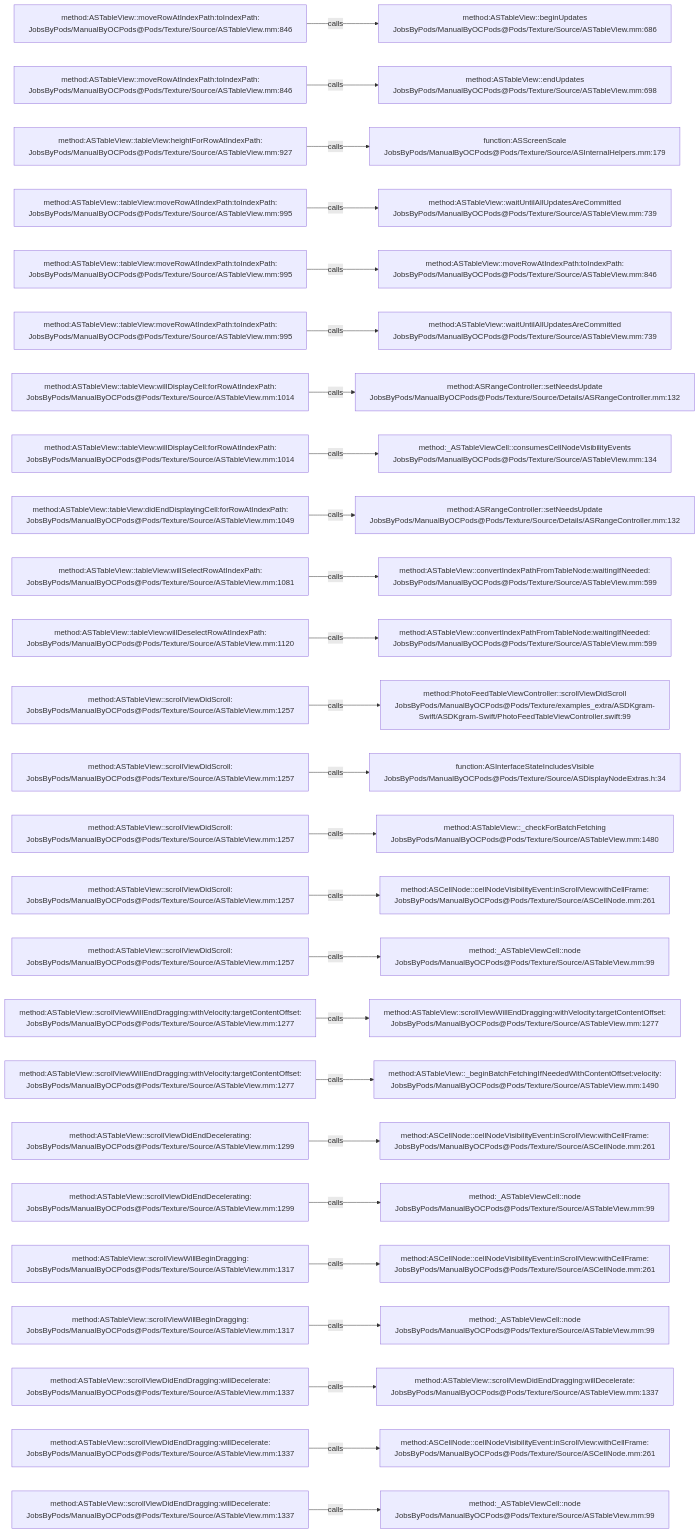
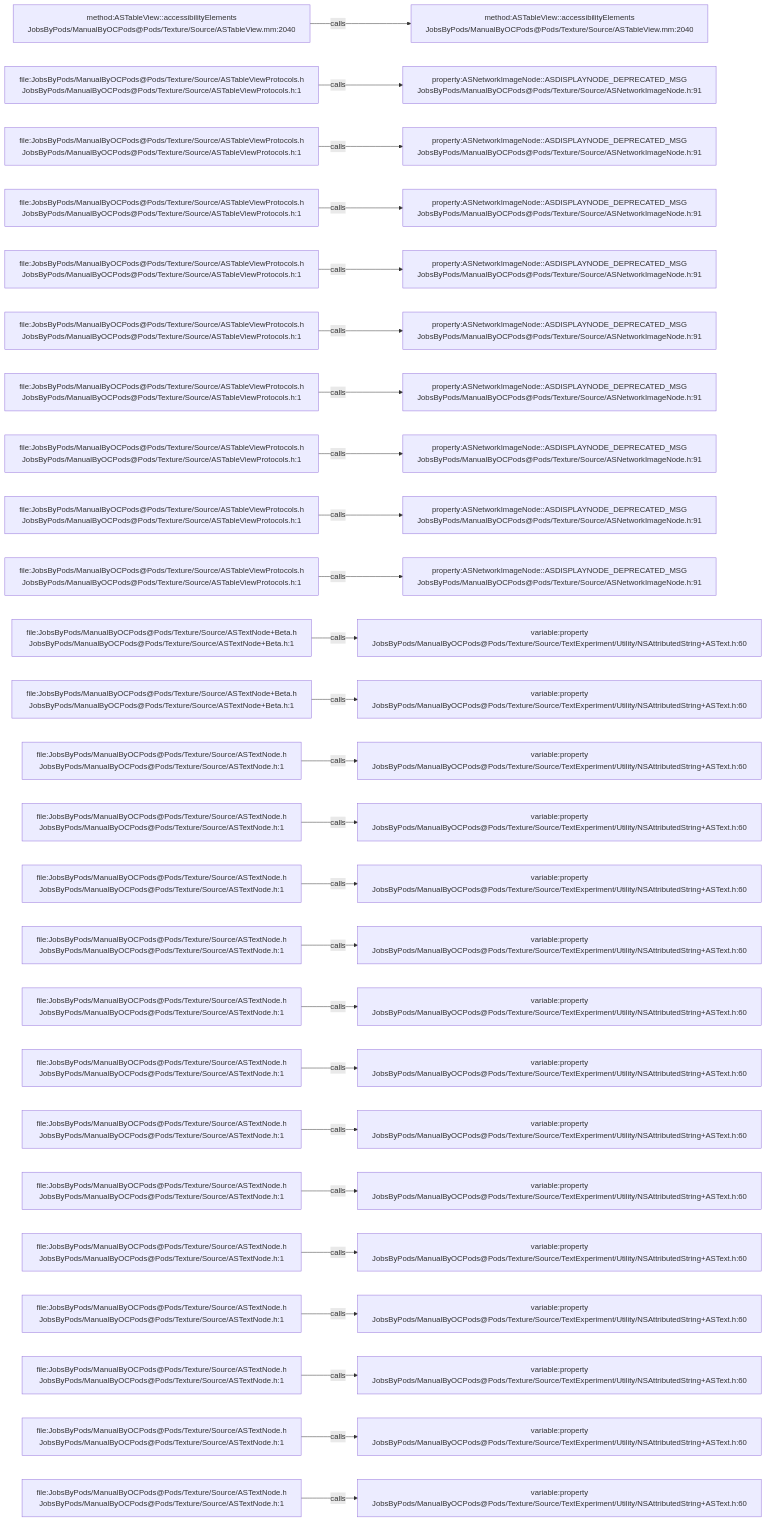
Before and after one commit to JobsKits/JobsOCBaseConfigDemo: the diagram in .codegraph/codegraph.md/graphs/calls-130.md, drawn with Mermaid. The commit also changed 1353 other files, not shown here.

````diff
--- a/.codegraph/codegraph.md/graphs/calls-130.md
+++ b/.codegraph/codegraph.md/graphs/calls-130.md
@@ -13,78 +13,78 @@
 ```mermaid
 flowchart LR
-  S1["method:ASTableView::moveRowAtIndexPath:toIndexPath:<br/>JobsByPods/ManualByOCPods@Pods/Texture/Source/ASTableView.mm:846"]
-  T1["method:ASTableView::beginUpdates<br/>JobsByPods/ManualByOCPods@Pods/Texture/Source/ASTableView.mm:686"]
+  S1["method:ASTableView::accessibilityElements<br/>JobsByPods/ManualByOCPods@Pods/Texture/Source/ASTableView.mm:2040"]
+  T1["method:ASTableView::accessibilityElements<br/>JobsByPods/ManualByOCPods@Pods/Texture/Source/ASTableView.mm:2040"]
   S1 -->|calls| T1
-  S2["method:ASTableView::moveRowAtIndexPath:toIndexPath:<br/>JobsByPods/ManualByOCPods@Pods/Texture/Source/ASTableView.mm:846"]
-  T2["method:ASTableView::endUpdates<br/>JobsByPods/ManualByOCPods@Pods/Texture/Source/ASTableView.mm:698"]
+  S2["file:JobsByPods/ManualByOCPods@Pods/Texture/Source/ASTableViewProtocols.h<br/>JobsByPods/ManualByOCPods@Pods/Texture/Source/ASTableViewProtocols.h:1"]
+  T2["property:ASNetworkImageNode::ASDISPLAYNODE_DEPRECATED_MSG<br/>JobsByPods/ManualByOCPods@Pods/Texture/Source/ASNetworkImageNode.h:91"]
   S2 -->|calls| T2
-  S3["method:ASTableView::tableView:heightForRowAtIndexPath:<br/>JobsByPods/ManualByOCPods@Pods/Texture/Source/ASTableView.mm:927"]
-  T3["function:ASScreenScale<br/>JobsByPods/ManualByOCPods@Pods/Texture/Source/ASInternalHelpers.mm:179"]
+  S3["file:JobsByPods/ManualByOCPods@Pods/Texture/Source/ASTableViewProtocols.h<br/>JobsByPods/ManualByOCPods@Pods/Texture/Source/ASTableViewProtocols.h:1"]
+  T3["property:ASNetworkImageNode::ASDISPLAYNODE_DEPRECATED_MSG<br/>JobsByPods/ManualByOCPods@Pods/Texture/Source/ASNetworkImageNode.h:91"]
   S3 -->|calls| T3
-  S4["method:ASTableView::tableView:moveRowAtIndexPath:toIndexPath:<br/>JobsByPods/ManualByOCPods@Pods/Texture/Source/ASTableView.mm:995"]
-  T4["method:ASTableView::waitUntilAllUpdatesAreCommitted<br/>JobsByPods/ManualByOCPods@Pods/Texture/Source/ASTableView.mm:739"]
+  S4["file:JobsByPods/ManualByOCPods@Pods/Texture/Source/ASTableViewProtocols.h<br/>JobsByPods/ManualByOCPods@Pods/Texture/Source/ASTableViewProtocols.h:1"]
+  T4["property:ASNetworkImageNode::ASDISPLAYNODE_DEPRECATED_MSG<br/>JobsByPods/ManualByOCPods@Pods/Texture/Source/ASNetworkImageNode.h:91"]
   S4 -->|calls| T4
-  S5["method:ASTableView::tableView:moveRowAtIndexPath:toIndexPath:<br/>JobsByPods/ManualByOCPods@Pods/Texture/Source/ASTableView.mm:995"]
-  T5["method:ASTableView::moveRowAtIndexPath:toIndexPath:<br/>JobsByPods/ManualByOCPods@Pods/Texture/Source/ASTableView.mm:846"]
+  S5["file:JobsByPods/ManualByOCPods@Pods/Texture/Source/ASTableViewProtocols.h<br/>JobsByPods/ManualByOCPods@Pods/Texture/Source/ASTableViewProtocols.h:1"]
+  T5["property:ASNetworkImageNode::ASDISPLAYNODE_DEPRECATED_MSG<br/>JobsByPods/ManualByOCPods@Pods/Texture/Source/ASNetworkImageNode.h:91"]
   S5 -->|calls| T5
-  S6["method:ASTableView::tableView:moveRowAtIndexPath:toIndexPath:<br/>JobsByPods/ManualByOCPods@Pods/Texture/Source/ASTableView.mm:995"]
-  T6["method:ASTableView::waitUntilAllUpdatesAreCommitted<br/>JobsByPods/ManualByOCPods@Pods/Texture/Source/ASTableView.mm:739"]
+  S6["file:JobsByPods/ManualByOCPods@Pods/Texture/Source/ASTableViewProtocols.h<br/>JobsByPods/ManualByOCPods@Pods/Texture/Source/ASTableViewProtocols.h:1"]
+  T6["property:ASNetworkImageNode::ASDISPLAYNODE_DEPRECATED_MSG<br/>JobsByPods/ManualByOCPods@Pods/Texture/Source/ASNetworkImageNode.h:91"]
   S6 -->|calls| T6
-  S7["method:ASTableView::tableView:willDisplayCell:forRowAtIndexPath:<br/>JobsByPods/ManualByOCPods@Pods/Texture/Source/ASTableView.mm:1014"]
-  T7["method:ASRangeController::setNeedsUpdate<br/>JobsByPods/ManualByOCPods@Pods/Texture/Source/Details/ASRangeController.mm:132"]
+  S7["file:JobsByPods/ManualByOCPods@Pods/Texture/Source/ASTableViewProtocols.h<br/>JobsByPods/ManualByOCPods@Pods/Texture/Source/ASTableViewProtocols.h:1"]
+  T7["property:ASNetworkImageNode::ASDISPLAYNODE_DEPRECATED_MSG<br/>JobsByPods/ManualByOCPods@Pods/Texture/Source/ASNetworkImageNode.h:91"]
   S7 -->|calls| T7
-  S8["method:ASTableView::tableView:willDisplayCell:forRowAtIndexPath:<br/>JobsByPods/ManualByOCPods@Pods/Texture/Source/ASTableView.mm:1014"]
-  T8["method:_ASTableViewCell::consumesCellNodeVisibilityEvents<br/>JobsByPods/ManualByOCPods@Pods/Texture/Source/ASTableView.mm:134"]
+  S8["file:JobsByPods/ManualByOCPods@Pods/Texture/Source/ASTableViewProtocols.h<br/>JobsByPods/ManualByOCPods@Pods/Texture/Source/ASTableViewProtocols.h:1"]
+  T8["property:ASNetworkImageNode::ASDISPLAYNODE_DEPRECATED_MSG<br/>JobsByPods/ManualByOCPods@Pods/Texture/Source/ASNetworkImageNode.h:91"]
   S8 -->|calls| T8
-  S9["method:ASTableView::tableView:didEndDisplayingCell:forRowAtIndexPath:<br/>JobsByPods/ManualByOCPods@Pods/Texture/Source/ASTableView.mm:1049"]
-  T9["method:ASRangeController::setNeedsUpdate<br/>JobsByPods/ManualByOCPods@Pods/Texture/Source/Details/ASRangeController.mm:132"]
+  S9["file:JobsByPods/ManualByOCPods@Pods/Texture/Source/ASTableViewProtocols.h<br/>JobsByPods/ManualByOCPods@Pods/Texture/Source/ASTableViewProtocols.h:1"]
+  T9["property:ASNetworkImageNode::ASDISPLAYNODE_DEPRECATED_MSG<br/>JobsByPods/ManualByOCPods@Pods/Texture/Source/ASNetworkImageNode.h:91"]
   S9 -->|calls| T9
-  S10["method:ASTableView::tableView:willSelectRowAtIndexPath:<br/>JobsByPods/ManualByOCPods@Pods/Texture/Source/ASTableView.mm:1081"]
-  T10["method:ASTableView::convertIndexPathFromTableNode:waitingIfNeeded:<br/>JobsByPods/ManualByOCPods@Pods/Texture/Source/ASTableView.mm:599"]
+  S10["file:JobsByPods/ManualByOCPods@Pods/Texture/Source/ASTableViewProtocols.h<br/>JobsByPods/ManualByOCPods@Pods/Texture/Source/ASTableViewProtocols.h:1"]
+  T10["property:ASNetworkImageNode::ASDISPLAYNODE_DEPRECATED_MSG<br/>JobsByPods/ManualByOCPods@Pods/Texture/Source/ASNetworkImageNode.h:91"]
   S10 -->|calls| T10
-  S11["method:ASTableView::tableView:willDeselectRowAtIndexPath:<br/>JobsByPods/ManualByOCPods@Pods/Texture/Source/ASTableView.mm:1120"]
-  T11["method:ASTableView::convertIndexPathFromTableNode:waitingIfNeeded:<br/>JobsByPods/ManualByOCPods@Pods/Texture/Source/ASTableView.mm:599"]
+  S11["file:JobsByPods/ManualByOCPods@Pods/Texture/Source/ASTextNode+Beta.h<br/>JobsByPods/ManualByOCPods@Pods/Texture/Source/ASTextNode+Beta.h:1"]
+  T11["variable:property<br/>JobsByPods/ManualByOCPods@Pods/Texture/Source/TextExperiment/Utility/NSAttributedString+ASText.h:60"]
   S11 -->|calls| T11
-  S12["method:ASTableView::scrollViewDidScroll:<br/>JobsByPods/ManualByOCPods@Pods/Texture/Source/ASTableView.mm:1257"]
-  T12["method:PhotoFeedTableViewController::scrollViewDidScroll<br/>JobsByPods/ManualByOCPods@Pods/Texture/examples_extra/ASDKgram-Swift/ASDKgram-Swift/PhotoFeedTableViewController.swift:99"]
+  S12["file:JobsByPods/ManualByOCPods@Pods/Texture/Source/ASTextNode+Beta.h<br/>JobsByPods/ManualByOCPods@Pods/Texture/Source/ASTextNode+Beta.h:1"]
+  T12["variable:property<br/>JobsByPods/ManualByOCPods@Pods/Texture/Source/TextExperiment/Utility/NSAttributedString+ASText.h:60"]
   S12 -->|calls| T12
-  S13["method:ASTableView::scrollViewDidScroll:<br/>JobsByPods/ManualByOCPods@Pods/Texture/Source/ASTableView.mm:1257"]
-  T13["function:ASInterfaceStateIncludesVisible<br/>JobsByPods/ManualByOCPods@Pods/Texture/Source/ASDisplayNodeExtras.h:34"]
+  S13["file:JobsByPods/ManualByOCPods@Pods/Texture/Source/ASTextNode.h<br/>JobsByPods/ManualByOCPods@Pods/Texture/Source/ASTextNode.h:1"]
+  T13["variable:property<br/>JobsByPods/ManualByOCPods@Pods/Texture/Source/TextExperiment/Utility/NSAttributedString+ASText.h:60"]
   S13 -->|calls| T13
-  S14["method:ASTableView::scrollViewDidScroll:<br/>JobsByPods/ManualByOCPods@Pods/Texture/Source/ASTableView.mm:1257"]
-  T14["method:ASTableView::_checkForBatchFetching<br/>JobsByPods/ManualByOCPods@Pods/Texture/Source/ASTableView.mm:1480"]
+  S14["file:JobsByPods/ManualByOCPods@Pods/Texture/Source/ASTextNode.h<br/>JobsByPods/ManualByOCPods@Pods/Texture/Source/ASTextNode.h:1"]
+  T14["variable:property<br/>JobsByPods/ManualByOCPods@Pods/Texture/Source/TextExperiment/Utility/NSAttributedString+ASText.h:60"]
   S14 -->|calls| T14
-  S15["method:ASTableView::scrollViewDidScroll:<br/>JobsByPods/ManualByOCPods@Pods/Texture/Source/ASTableView.mm:1257"]
-  T15["method:ASCellNode::cellNodeVisibilityEvent:inScrollView:withCellFrame:<br/>JobsByPods/ManualByOCPods@Pods/Texture/Source/ASCellNode.mm:261"]
+  S15["file:JobsByPods/ManualByOCPods@Pods/Texture/Source/ASTextNode.h<br/>JobsByPods/ManualByOCPods@Pods/Texture/Source/ASTextNode.h:1"]
+  T15["variable:property<br/>JobsByPods/ManualByOCPods@Pods/Texture/Source/TextExperiment/Utility/NSAttributedString+ASText.h:60"]
   S15 -->|calls| T15
-  S16["method:ASTableView::scrollViewDidScroll:<br/>JobsByPods/ManualByOCPods@Pods/Texture/Source/ASTableView.mm:1257"]
-  T16["method:_ASTableViewCell::node<br/>JobsByPods/ManualByOCPods@Pods/Texture/Source/ASTableView.mm:99"]
+  S16["file:JobsByPods/ManualByOCPods@Pods/Texture/Source/ASTextNode.h<br/>JobsByPods/ManualByOCPods@Pods/Texture/Source/ASTextNode.h:1"]
+  T16["variable:property<br/>JobsByPods/ManualByOCPods@Pods/Texture/Source/TextExperiment/Utility/NSAttributedString+ASText.h:60"]
   S16 -->|calls| T16
-  S17["method:ASTableView::scrollViewWillEndDragging:withVelocity:targetContentOffset:<br/>JobsByPods/ManualByOCPods@Pods/Texture/Source/ASTableView.mm:1277"]
-  T17["method:ASTableView::scrollViewWillEndDragging:withVelocity:targetContentOffset:<br/>JobsByPods/ManualByOCPods@Pods/Texture/Source/ASTableView.mm:1277"]
+  S17["file:JobsByPods/ManualByOCPods@Pods/Texture/Source/ASTextNode.h<br/>JobsByPods/ManualByOCPods@Pods/Texture/Source/ASTextNode.h:1"]
+  T17["variable:property<br/>JobsByPods/ManualByOCPods@Pods/Texture/Source/TextExperiment/Utility/NSAttributedString+ASText.h:60"]
   S17 -->|calls| T17
-  S18["method:ASTableView::scrollViewWillEndDragging:withVelocity:targetContentOffset:<br/>JobsByPods/ManualByOCPods@Pods/Texture/Source/ASTableView.mm:1277"]
-  T18["method:ASTableView::_beginBatchFetchingIfNeededWithContentOffset:velocity:<br/>JobsByPods/ManualByOCPods@Pods/Texture/Source/ASTableView.mm:1490"]
+  S18["file:JobsByPods/ManualByOCPods@Pods/Texture/Source/ASTextNode.h<br/>JobsByPods/ManualByOCPods@Pods/Texture/Source/ASTextNode.h:1"]
+  T18["variable:property<br/>JobsByPods/ManualByOCPods@Pods/Texture/Source/TextExperiment/Utility/NSAttributedString+ASText.h:60"]
   S18 -->|calls| T18
-  S19["method:ASTableView::scrollViewDidEndDecelerating:<br/>JobsByPods/ManualByOCPods@Pods/Texture/Source/ASTableView.mm:1299"]
-  T19["method:ASCellNode::cellNodeVisibilityEvent:inScrollView:withCellFrame:<br/>JobsByPods/ManualByOCPods@Pods/Texture/Source/ASCellNode.mm:261"]
+  S19["file:JobsByPods/ManualByOCPods@Pods/Texture/Source/ASTextNode.h<br/>JobsByPods/ManualByOCPods@Pods/Texture/Source/ASTextNode.h:1"]
+  T19["variable:property<br/>JobsByPods/ManualByOCPods@Pods/Texture/Source/TextExperiment/Utility/NSAttributedString+ASText.h:60"]
   S19 -->|calls| T19
-  S20["method:ASTableView::scrollViewDidEndDecelerating:<br/>JobsByPods/ManualByOCPods@Pods/Texture/Source/ASTableView.mm:1299"]
-  T20["method:_ASTableViewCell::node<br/>JobsByPods/ManualByOCPods@Pods/Texture/Source/ASTableView.mm:99"]
+  S20["file:JobsByPods/ManualByOCPods@Pods/Texture/Source/ASTextNode.h<br/>JobsByPods/ManualByOCPods@Pods/Texture/Source/ASTextNode.h:1"]
+  T20["variable:property<br/>JobsByPods/ManualByOCPods@Pods/Texture/Source/TextExperiment/Utility/NSAttributedString+ASText.h:60"]
   S20 -->|calls| T20
-  S21["method:ASTableView::scrollViewWillBeginDragging:<br/>JobsByPods/ManualByOCPods@Pods/Texture/Source/ASTableView.mm:1317"]
-  T21["method:ASCellNode::cellNodeVisibilityEvent:inScrollView:withCellFrame:<br/>JobsByPods/ManualByOCPods@Pods/Texture/Source/ASCellNode.mm:261"]
+  S21["file:JobsByPods/ManualByOCPods@Pods/Texture/Source/ASTextNode.h<br/>JobsByPods/ManualByOCPods@Pods/Texture/Source/ASTextNode.h:1"]
+  T21["variable:property<br/>JobsByPods/ManualByOCPods@Pods/Texture/Source/TextExperiment/Utility/NSAttributedString+ASText.h:60"]
   S21 -->|calls| T21
-  S22["method:ASTableView::scrollViewWillBeginDragging:<br/>JobsByPods/ManualByOCPods@Pods/Texture/Source/ASTableView.mm:1317"]
-  T22["method:_ASTableViewCell::node<br/>JobsByPods/ManualByOCPods@Pods/Texture/Source/ASTableView.mm:99"]
+  S22["file:JobsByPods/ManualByOCPods@Pods/Texture/Source/ASTextNode.h<br/>JobsByPods/ManualByOCPods@Pods/Texture/Source/ASTextNode.h:1"]
+  T22["variable:property<br/>JobsByPods/ManualByOCPods@Pods/Texture/Source/TextExperiment/Utility/NSAttributedString+ASText.h:60"]
   S22 -->|calls| T22
-  S23["method:ASTableView::scrollViewDidEndDragging:willDecelerate:<br/>JobsByPods/ManualByOCPods@Pods/Texture/Source/ASTableView.mm:1337"]
-  T23["method:ASTableView::scrollViewDidEndDragging:willDecelerate:<br/>JobsByPods/ManualByOCPods@Pods/Texture/Source/ASTableView.mm:1337"]
+  S23["file:JobsByPods/ManualByOCPods@Pods/Texture/Source/ASTextNode.h<br/>JobsByPods/ManualByOCPods@Pods/Texture/Source/ASTextNode.h:1"]
+  T23["variable:property<br/>JobsByPods/ManualByOCPods@Pods/Texture/Source/TextExperiment/Utility/NSAttributedString+ASText.h:60"]
   S23 -->|calls| T23
-  S24["method:ASTableView::scrollViewDidEndDragging:willDecelerate:<br/>JobsByPods/ManualByOCPods@Pods/Texture/Source/ASTableView.mm:1337"]
-  T24["method:ASCellNode::cellNodeVisibilityEvent:inScrollView:withCellFrame:<br/>JobsByPods/ManualByOCPods@Pods/Texture/Source/ASCellNode.mm:261"]
+  S24["file:JobsByPods/ManualByOCPods@Pods/Texture/Source/ASTextNode.h<br/>JobsByPods/ManualByOCPods@Pods/Texture/Source/ASTextNode.h:1"]
+  T24["variable:property<br/>JobsByPods/ManualByOCPods@Pods/Texture/Source/TextExperiment/Utility/NSAttributedString+ASText.h:60"]
   S24 -->|calls| T24
-  S25["method:ASTableView::scrollViewDidEndDragging:willDecelerate:<br/>JobsByPods/ManualByOCPods@Pods/Texture/Source/ASTableView.mm:1337"]
-  T25["method:_ASTableViewCell::node<br/>JobsByPods/ManualByOCPods@Pods/Texture/Source/ASTableView.mm:99"]
+  S25["file:JobsByPods/ManualByOCPods@Pods/Texture/Source/ASTextNode.h<br/>JobsByPods/ManualByOCPods@Pods/Texture/Source/ASTextNode.h:1"]
+  T25["variable:property<br/>JobsByPods/ManualByOCPods@Pods/Texture/Source/TextExperiment/Utility/NSAttributedString+ASText.h:60"]
   S25 -->|calls| T25
 ```
````
